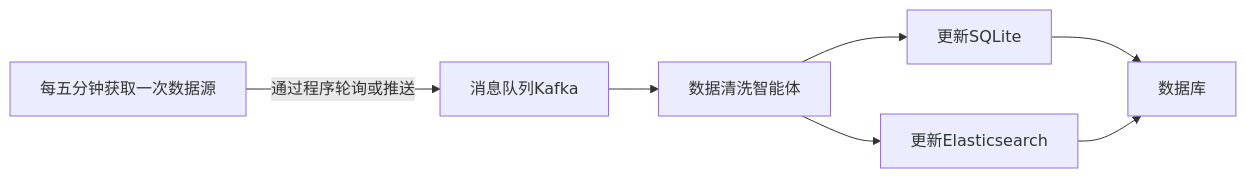
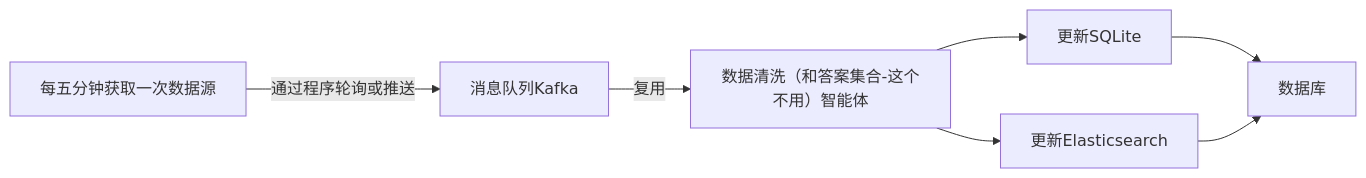
One commit to OSchengdu/SynthIQNexus changed the second of 2 diagrams in README.md. Above: the diagram before and after it, drawn with Mermaid. The commit also changed other lines of this file, not shown here.

````diff
--- a/README.md
+++ b/README.md
@@ -20,9 +41,9 @@
 ```mermaid
 graph LR
     A[每五分钟获取一次数据源] -->|通过程序轮询或推送| B[消息队列Kafka]
-    B --> C[数据清洗智能体]
+    B --> |复用| C[数据清洗（和答案集合-这个不用）智能体]
     C --> D[更新SQLite]
     C --> E[更新Elasticsearch]
     D --> G
     E --> G[数据库]
 ```
````
